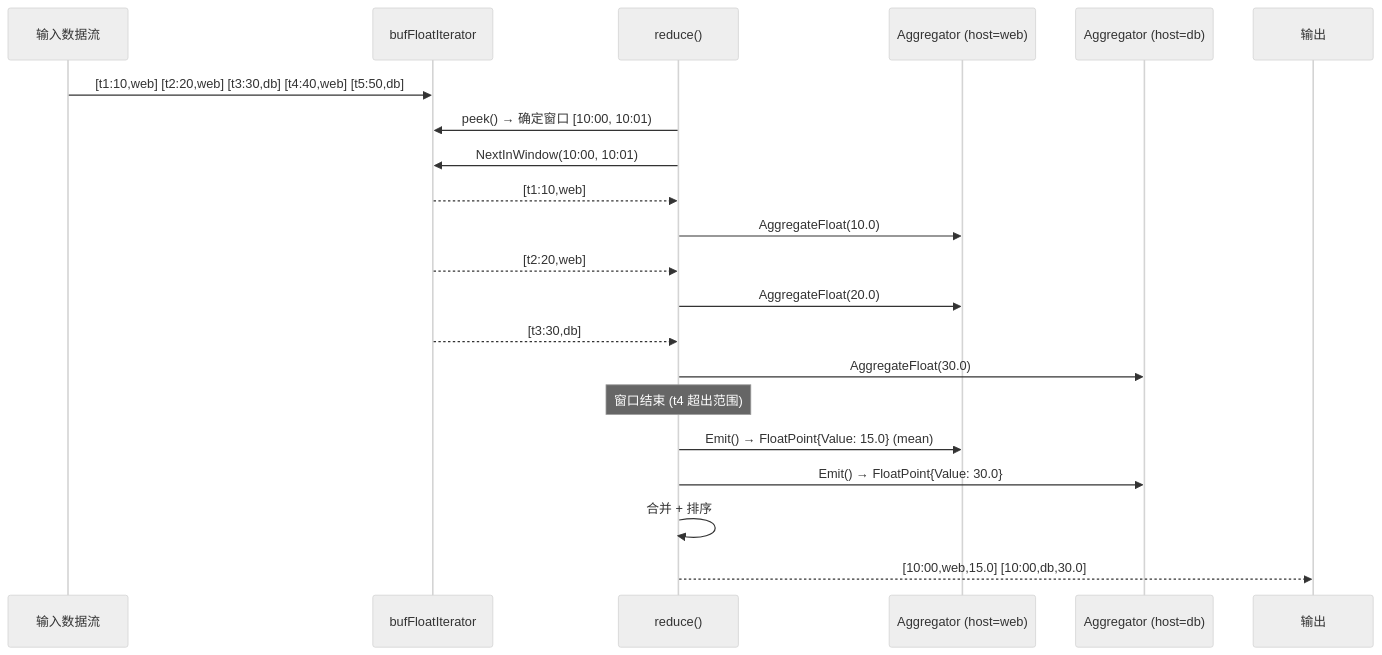
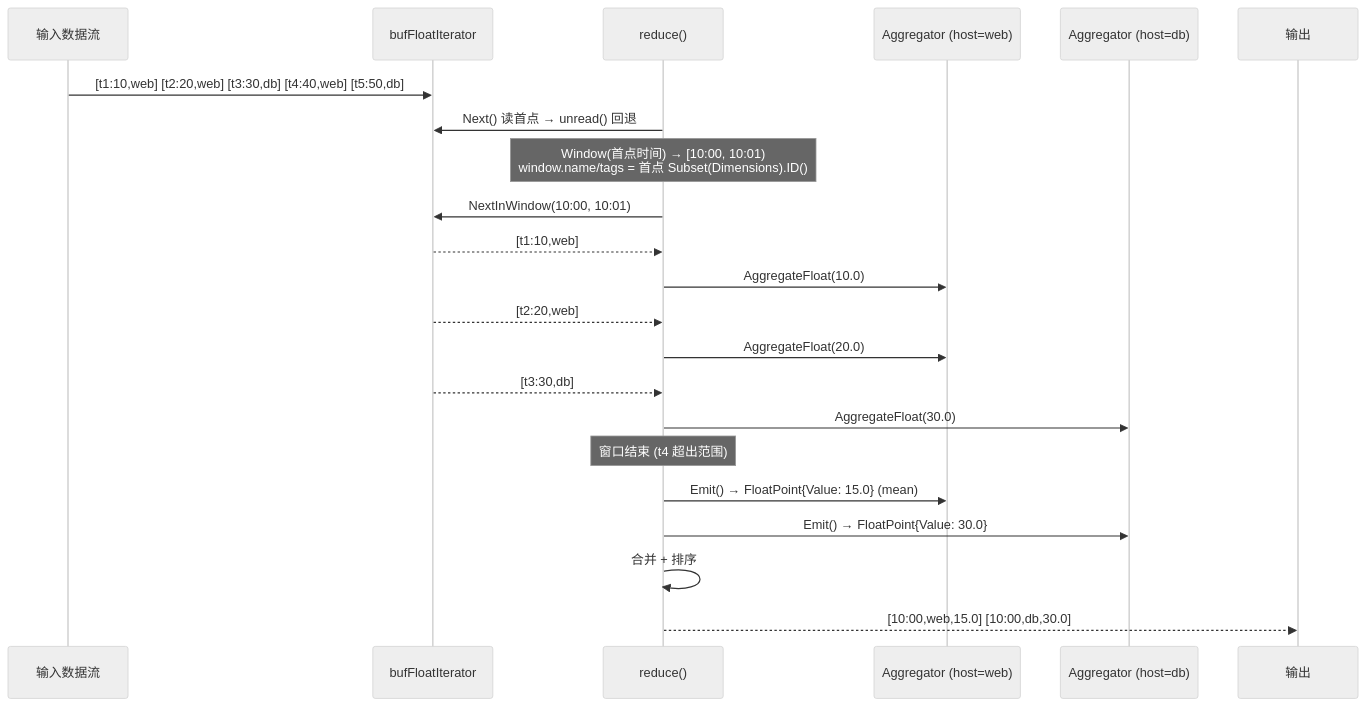
One commit to stefanv5/influxdb changed diagram 17 of 24 in docs/specs/03_query_engine_spec.md. Above: the diagram before and after it, drawn with Mermaid (neutral theme). The commit also changed other lines of this file and 16 other files, not shown here.

First line of the commit message:
docs: correct and deepen the 17 architecture specs

````diff
--- a/docs/specs/03_query_engine_spec.md
+++ b/docs/specs/03_query_engine_spec.md
@@ -1536,29 +1848,30 @@
 ```mermaid
 sequenceDiagram
     participant Input as 输入数据流
     participant Buf as bufFloatIterator
     participant Reducer as reduce()
     participant AggA as Aggregator (host=web)
     participant AggB as Aggregator (host=db)
     participant Output as 输出
 
     Input->>Buf: [t1:10,web] [t2:20,web] [t3:30,db] [t4:40,web] [t5:50,db]
 
-    Reducer->>Buf: peek() → 确定窗口 [10:00, 10:01)
+    Reducer->>Buf: Next() 读首点 → unread() 回退
+    Note over Reducer: Window(首点时间) → [10:00, 10:01)<br/>window.name/tags = 首点 Subset(Dimensions).ID()
     Reducer->>Buf: NextInWindow(10:00, 10:01)
 
     Buf-->>Reducer: [t1:10,web]
     Reducer->>AggA: AggregateFloat(10.0)
     Buf-->>Reducer: [t2:20,web]
     Reducer->>AggA: AggregateFloat(20.0)
     Buf-->>Reducer: [t3:30,db]
     Reducer->>AggB: AggregateFloat(30.0)
 
     Note over Reducer: 窗口结束 (t4 超出范围)
 
     Reducer->>AggA: Emit() → FloatPoint{Value: 15.0} (mean)
     Reducer->>AggB: Emit() → FloatPoint{Value: 30.0}
 
     Reducer->>Reducer: 合并 + 排序
     Reducer-->>Output: [10:00,web,15.0] [10:00,db,30.0]
 ```
````
